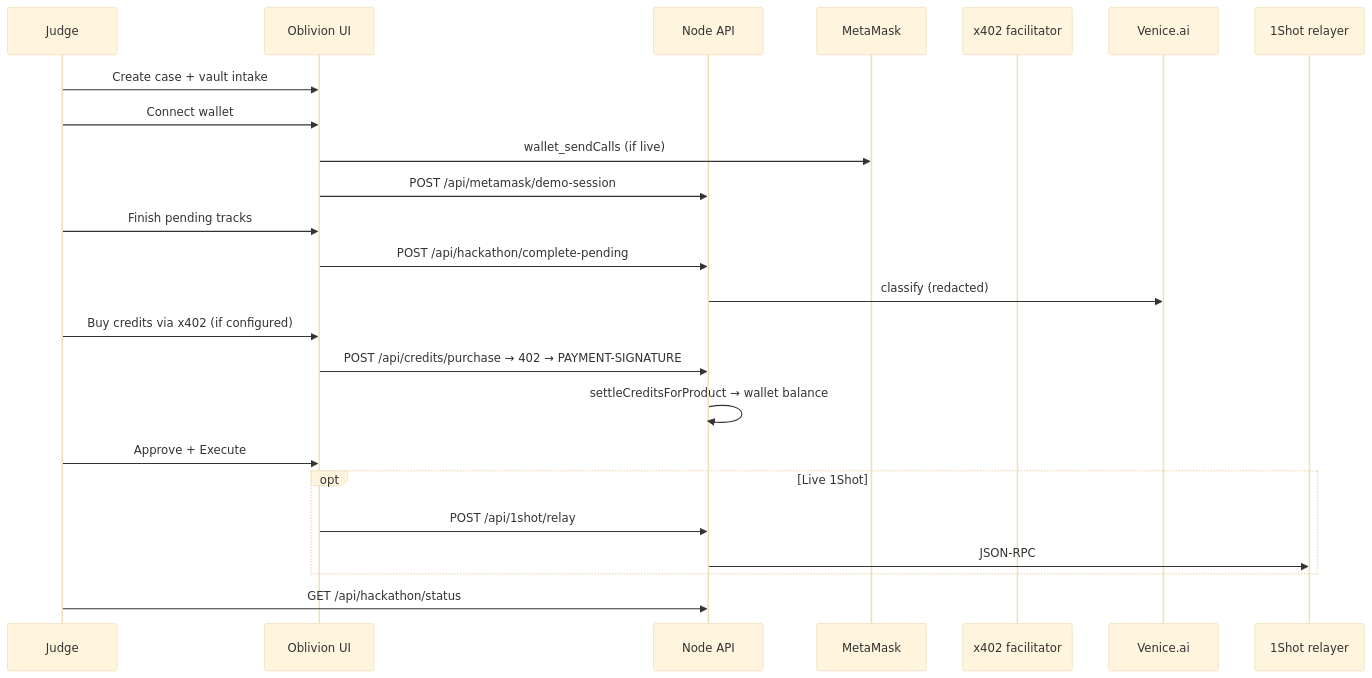
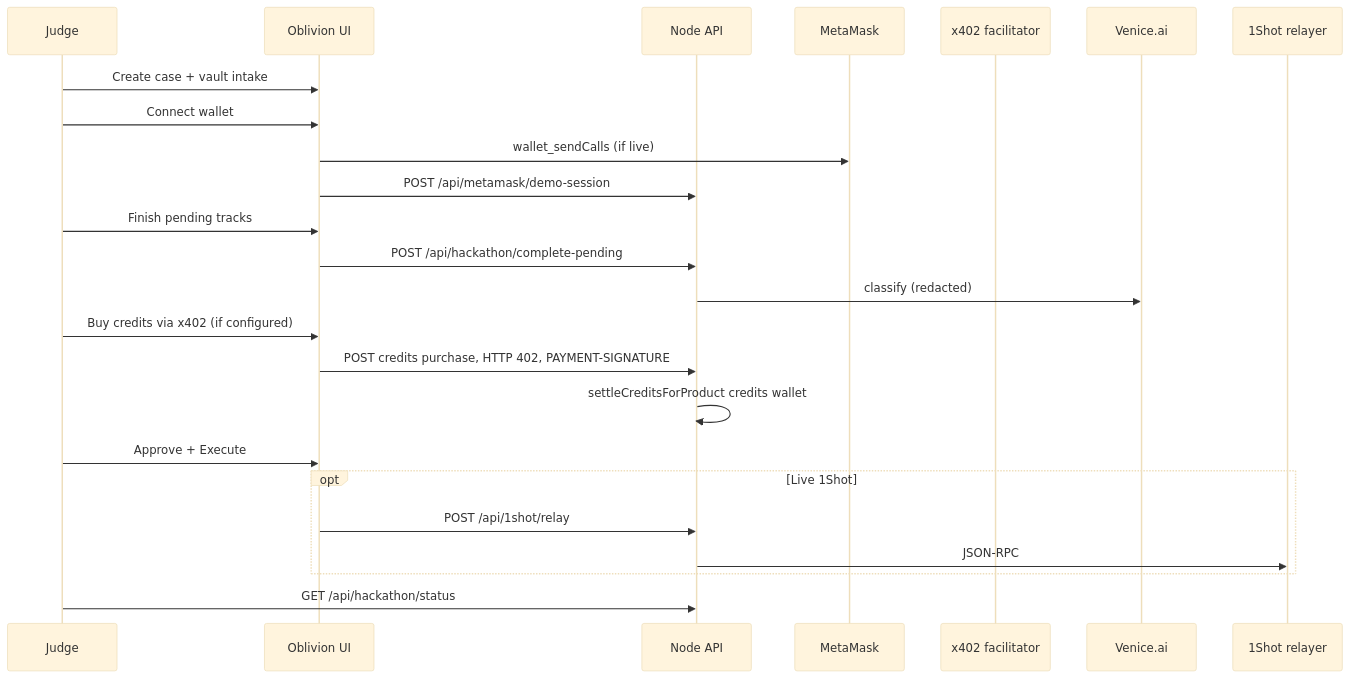
Before and after one commit to thomasjvu/oblivion: the second of 2 diagrams in docs/src/docs/content/developers/hackathon-demo.md, drawn with Mermaid (base theme). The commit also changed other lines of this file and 9 other files, not shown here.

First line of the commit message:
Fix hackathon Mermaid diagram and legal page header layout

````diff
--- a/docs/src/docs/content/developers/hackathon-demo.md
+++ b/docs/src/docs/content/developers/hackathon-demo.md
@@ -118,27 +123,27 @@
 ```mermaid
 sequenceDiagram
   participant Judge
   participant UI as Oblivion UI
   participant API as Node API
   participant MM as MetaMask
   participant X402 as x402 facilitator
   participant Venice as Venice.ai
   participant Shot as 1Shot relayer
 
   Judge->>UI: Create case + vault intake
   Judge->>UI: Connect wallet
   UI->>MM: wallet_sendCalls (if live)
   UI->>API: POST /api/metamask/demo-session
   Judge->>UI: Finish pending tracks
   UI->>API: POST /api/hackathon/complete-pending
   API->>Venice: classify (redacted)
   Judge->>UI: Buy credits via x402 (if configured)
-  UI->>API: POST /api/credits/purchase → 402 → PAYMENT-SIGNATURE
-  API->>API: settleCreditsForProduct → wallet balance
+  UI->>API: POST credits purchase, HTTP 402, PAYMENT-SIGNATURE
+  API->>API: settleCreditsForProduct credits wallet
   Judge->>UI: Approve + Execute
   opt Live 1Shot
     UI->>API: POST /api/1shot/relay
     API->>Shot: JSON-RPC
   end
   Judge->>API: GET /api/hackathon/status
 ```
````
